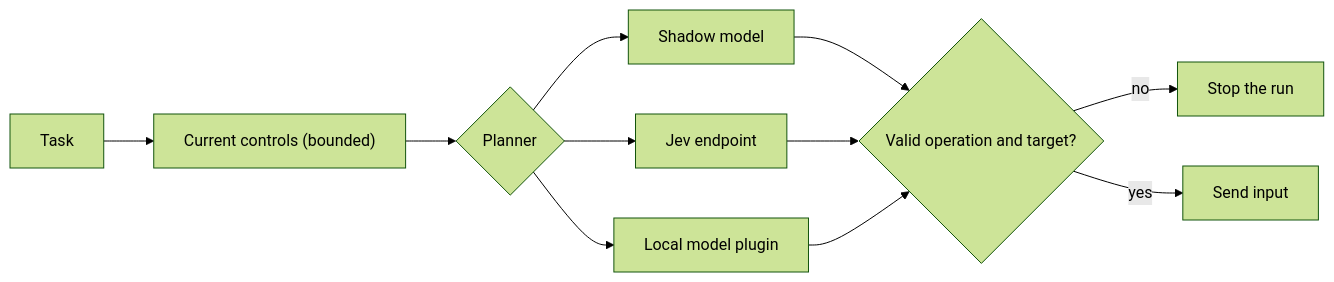
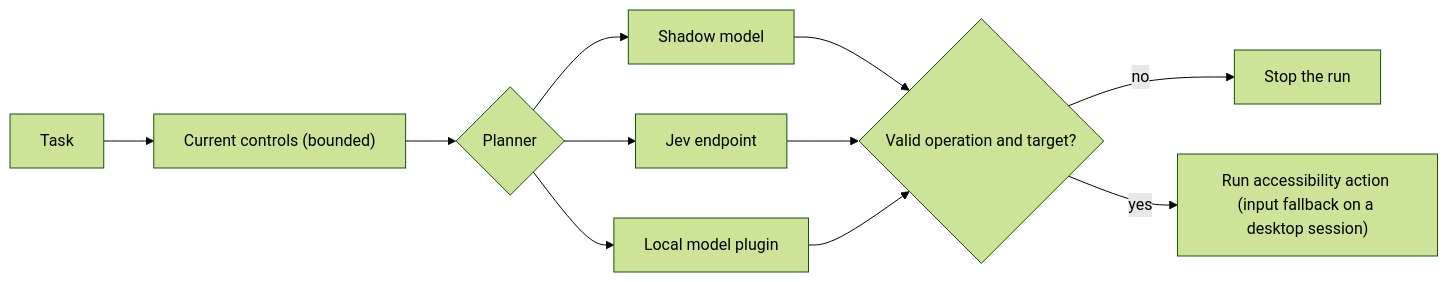
One commit to amajorai/ryu-docs changed the second of 2 diagrams in content-guides/plugins/shadow.mdx. Above: the diagram before and after it, drawn with Mermaid (forest theme). The commit also changed other lines of this file and 182 other files, not shown here.

````diff
--- a/content-guides/plugins/shadow.mdx
+++ b/content-guides/plugins/shadow.mdx
@@ -217,13 +232,13 @@
 ```mermaid
 flowchart LR
   T["Task"] --> C["Current controls (bounded)"]
   C --> P{"Planner"}
   P --> N["Shadow model"]
   P --> J["Jev endpoint"]
   P --> L["Local model plugin"]
   N --> V{"Valid operation and target?"}
   J --> V
   L --> V
   V -->|no| X["Stop the run"]
-  V -->|yes| I["Send input"]
+  V -->|yes| I["Run accessibility action (input fallback on a desktop session)"]
 ```
````
